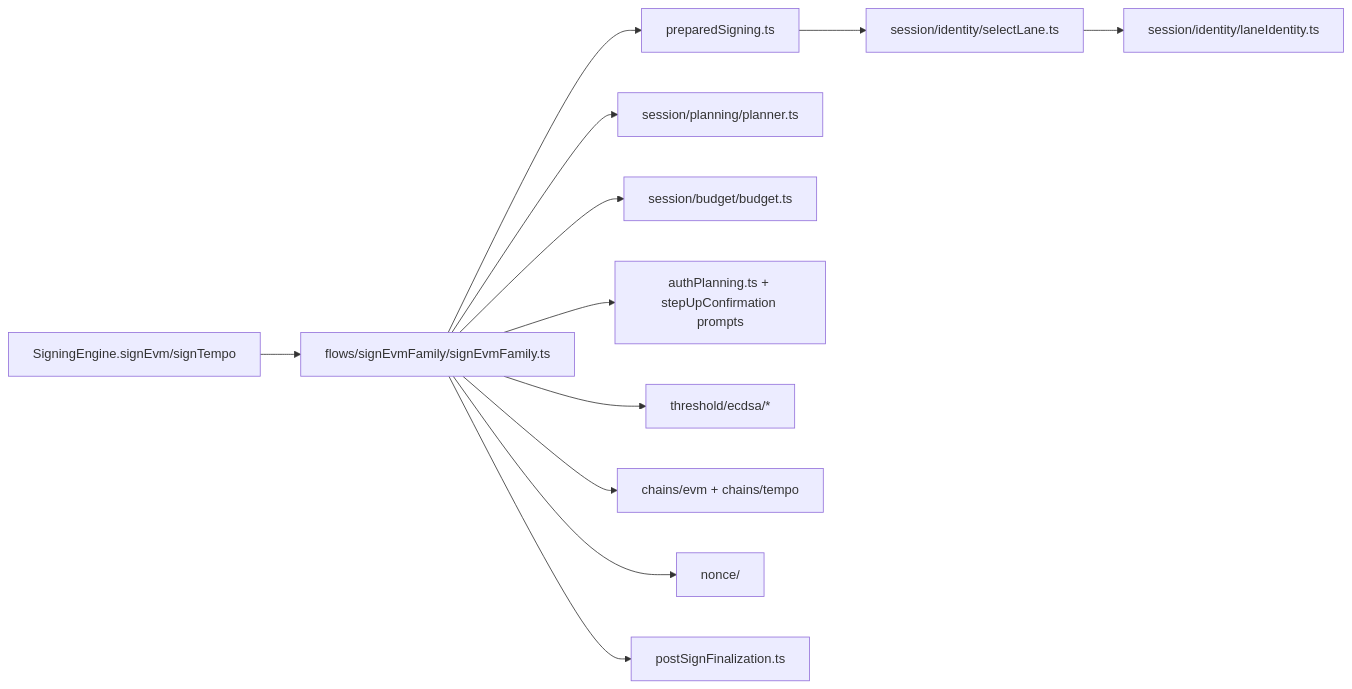
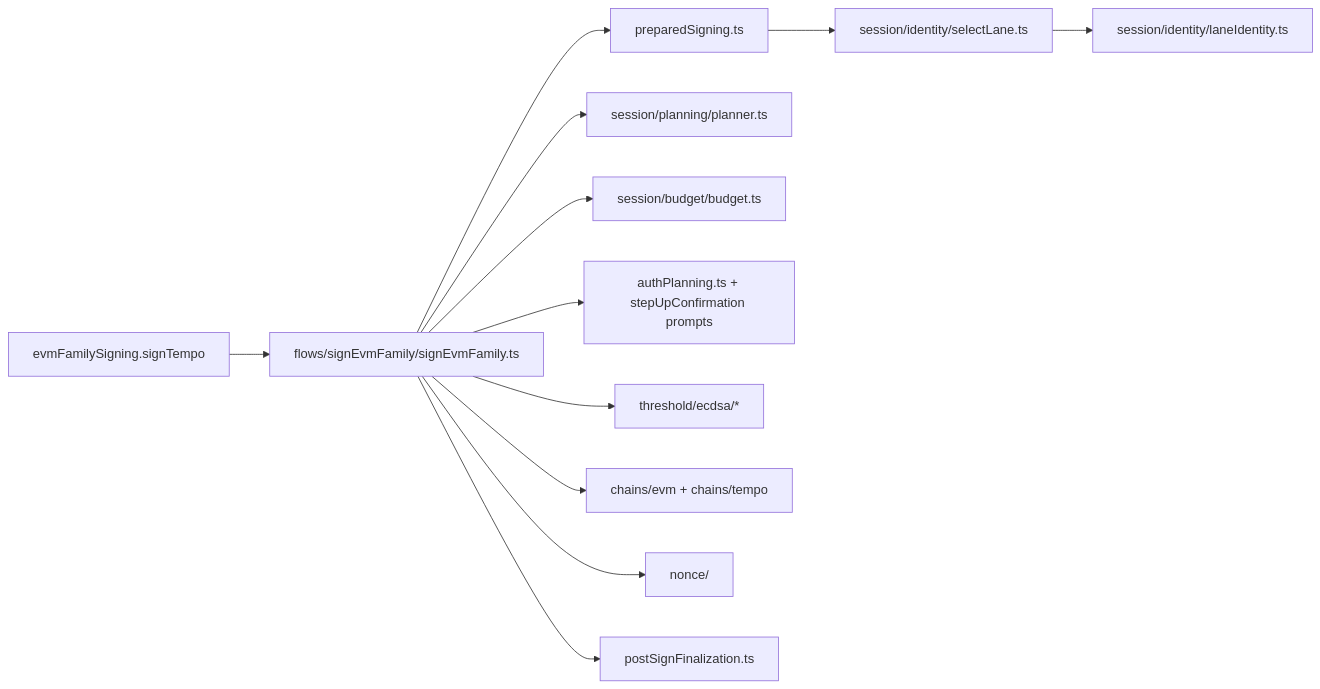
Before and after one commit to seams-tech/seams-sdk: the third of 4 diagrams in client/src/core/signingEngine/README.md, drawn with Mermaid. The commit also changed other lines of this file and 375 other files, not shown here.

````diff
--- a/client/src/core/signingEngine/README.md
+++ b/client/src/core/signingEngine/README.md
@@ -160,14 +159,14 @@
 ```mermaid
 flowchart LR
-  SE["SigningEngine.signEvm/signTempo"] --> OP["flows/signEvmFamily/signEvmFamily.ts"]
+  RT["evmFamilySigning.signTempo"] --> OP["flows/signEvmFamily/signEvmFamily.ts"]
   OP --> PREP["preparedSigning.ts"]
   PREP --> SELECT["session/identity/selectLane.ts"]
   SELECT --> ID["session/identity/laneIdentity.ts"]
   OP --> PLAN["session/planning/planner.ts"]
   OP --> BUDGET["session/budget/budget.ts"]
   OP --> AUTH["authPlanning.ts + stepUpConfirmation prompts"]
   OP --> TH["threshold/ecdsa/*"]
   OP --> CH["chains/evm + chains/tempo"]
   OP --> NONCE["nonce/"]
   OP --> FINAL["postSignFinalization.ts"]
 ```
````
